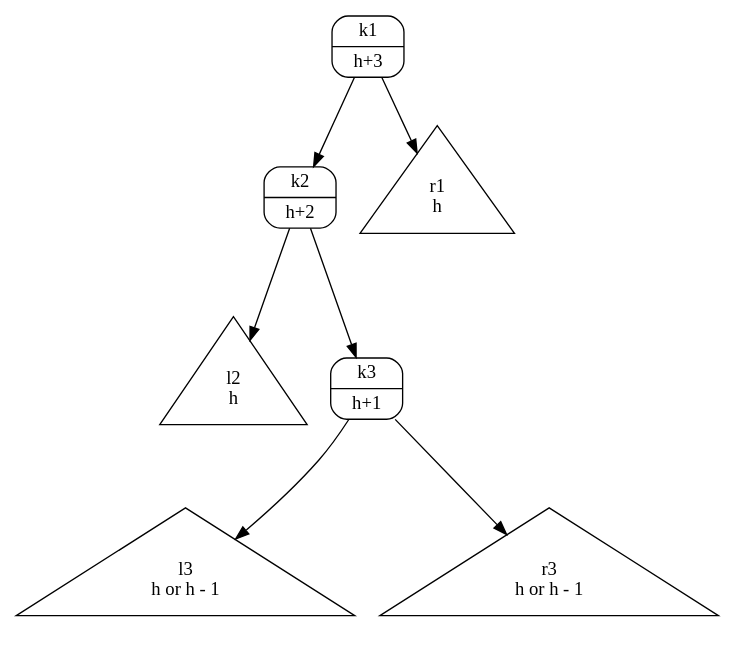
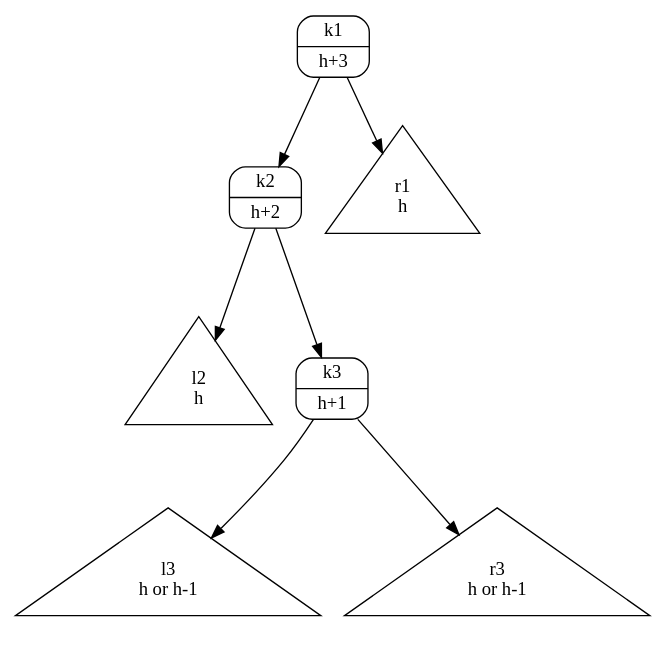
Before and after one commit to karlstroetmann/Algorithms: the diagram in Lecture-Notes/Abbildungen/caselr.dot, drawn with Graphviz. The commit also changed 6 other files, not shown here.

Commit message:
another figure updated

```diff
--- a/Lecture-Notes/Abbildungen/caselr.dot
+++ b/Lecture-Notes/Abbildungen/caselr.dot
@@ -1,16 +1,16 @@
 digraph G {
     node [ ordering = out ];
     p [ shape = Mrecord, label = "{ k1 | h+3 }" ];
     p -> l1;
     p -> r1;
     l1 [ shape = Mrecord, label = "{ k2 | h+2 }" ];
     r1 [ shape = triangle, label = " r1 \n h " ];
     l1 -> l2;
     l1 -> r2;
     l2 [ shape = triangle, label = " l2 \n h " ];
     r2 [ shape = Mrecord, label = "{ k3 | h+1 }" ];
     r2 -> l3;    
     r2 -> r3;    
-    l3 [ shape = triangle, label = " l3 \n h or h - 1 " ];
-    r3 [ shape = triangle, label = " r3 \n h or h - 1 " ];
+    l3 [ shape = triangle, label = " l3 \n h or h-1 " ];
+    r3 [ shape = triangle, label = " r3 \n h or h-1 " ];
 }
```
